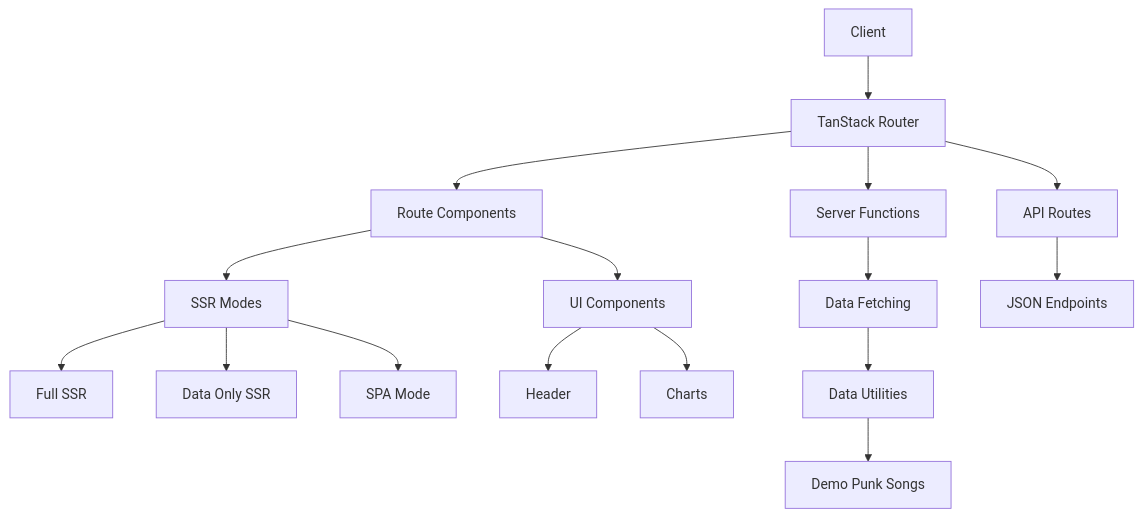
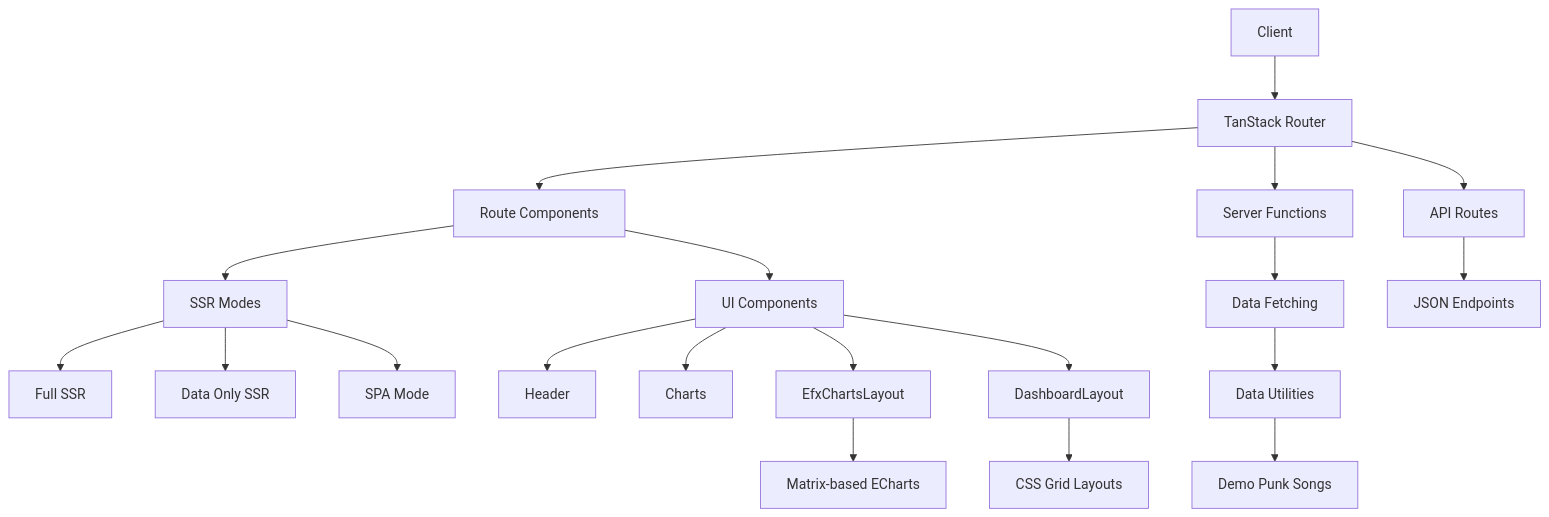
One commit to electroheadfx/efx-libs changed the second of 9 diagrams in .qoder/repowiki/en/content/Project Overview.md. Above: the diagram before and after it, drawn with Mermaid. The commit also changed other lines of this file and 5 other files, not shown here.

First line of the commit message:
refactor(efx-charts): simplify deferred data handling and clean chart props

````diff
--- a/.qoder/repowiki/en/content/Project Overview.md
+++ b/.qoder/repowiki/en/content/Project Overview.md
@@ -89,18 +101,22 @@
 ```mermaid
 graph TD
 A[Client] --> B[TanStack Router]
 B --> C[Route Components]
 B --> D[Server Functions]
 B --> E[API Routes]
 D --> F[Data Fetching]
 E --> G[JSON Endpoints]
 C --> H[SSR Modes]
 H --> I[Full SSR]
 H --> J[Data Only SSR]
 H --> K[SPA Mode]
 F --> L[Data Utilities]
 L --> M[Demo Punk Songs]
 C --> N[UI Components]
 N --> O[Header]
 N --> P[Charts]
+N --> Q[EfxChartsLayout]
+N --> R[DashboardLayout]
+Q --> S[Matrix-based ECharts]
+R --> T[CSS Grid Layouts]
 ```
````
